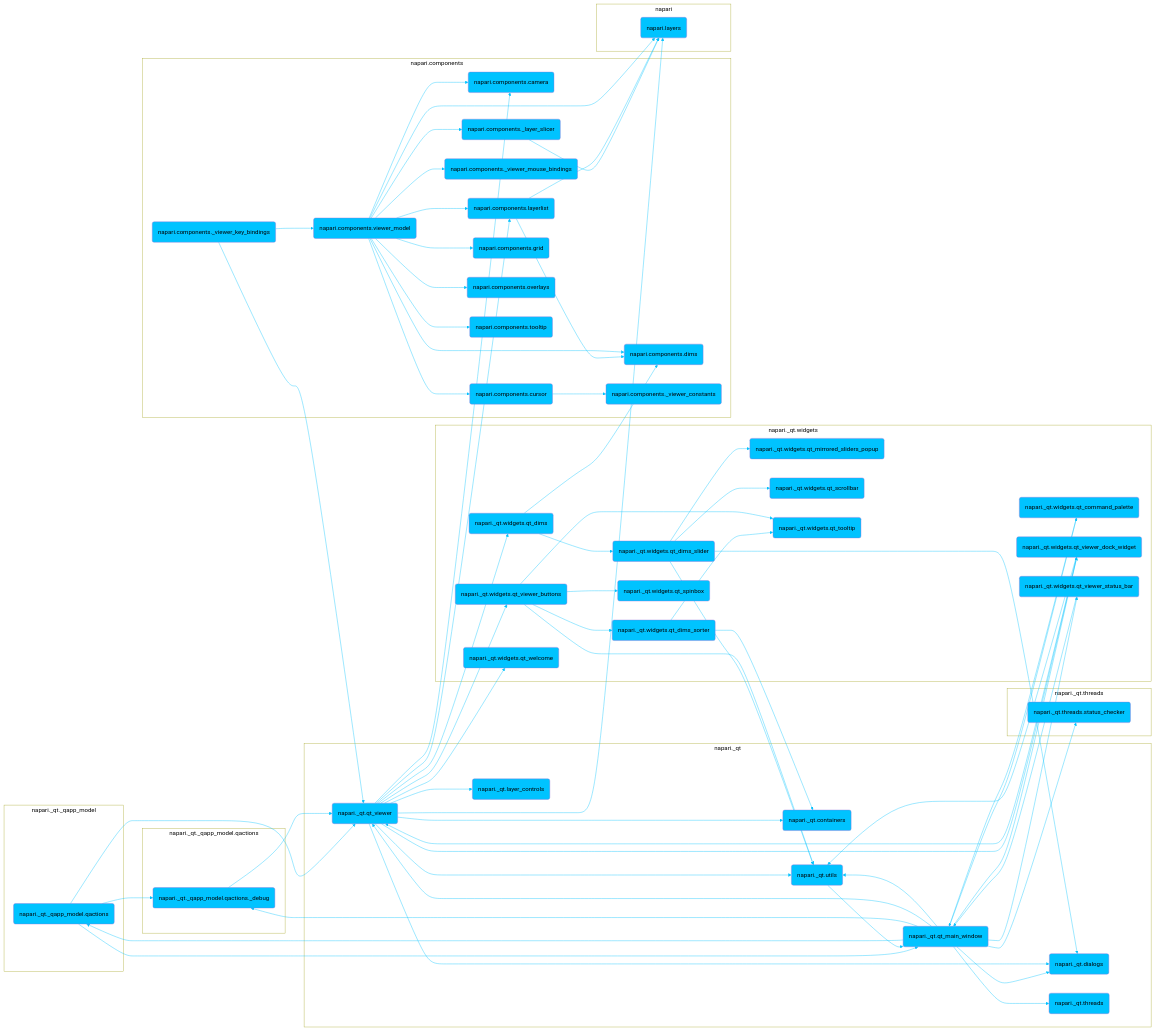
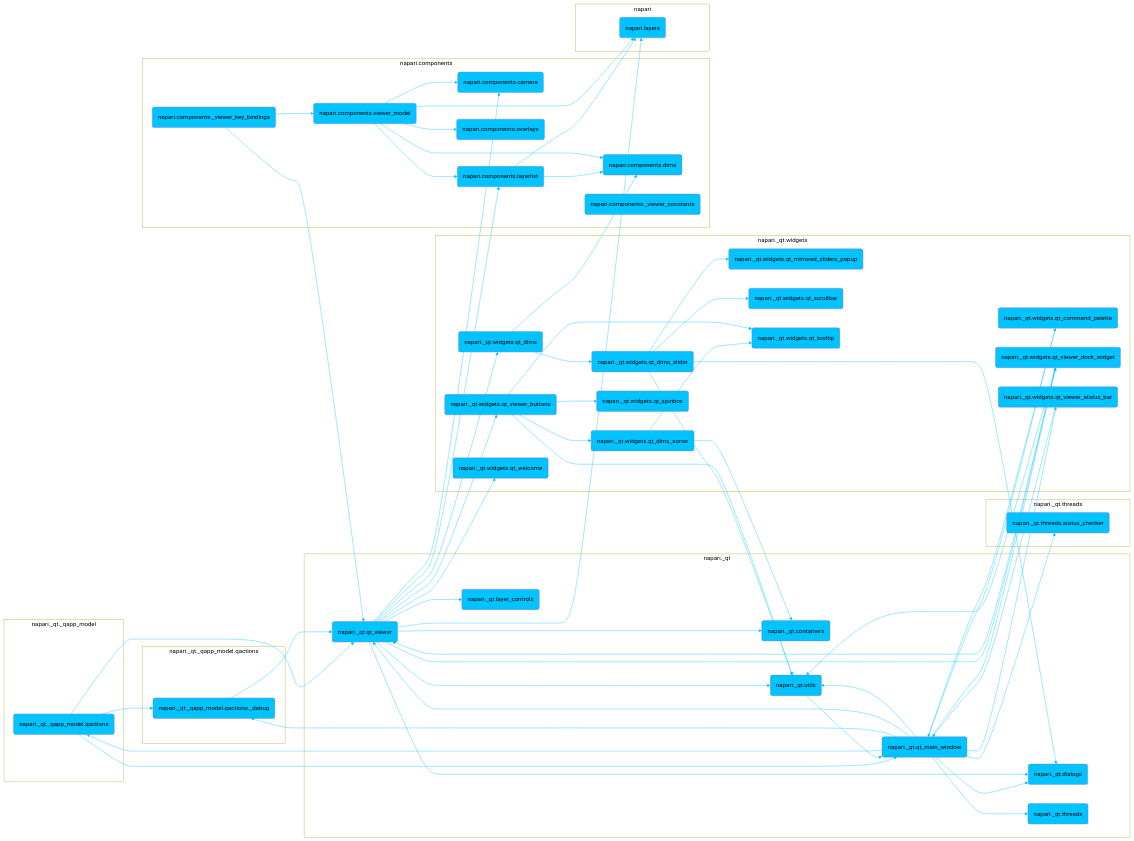
One commit to napari/napari.github.io changed the diagram in dev/_sources/developers/architecture/ui_sections/viewer_ui.md. Above: the diagram before and after it, drawn with Mermaid. The commit also changed other lines of this file and 723 other files, not shown here.

```diff
--- a/dev/_sources/developers/architecture/ui_sections/viewer_ui.md
+++ b/dev/_sources/developers/architecture/ui_sections/viewer_ui.md
@@ -90,44 +90,27 @@
 	click napari._qt.widgets.qt_viewer_status_bar "https://github.com/napari/napari/tree/main/napari/_qt/widgets/qt_viewer_status_bar.py" _blank
 	napari._qt.widgets.qt_welcome(napari._qt.widgets.qt_welcome)
 	click napari._qt.widgets.qt_welcome "https://github.com/napari/napari/tree/main/napari/_qt/widgets/qt_welcome.py" _blank
-	napari.components._layer_slicer(napari.components._layer_slicer)
-	napari.components._layer_slicer --> napari.layers
-	click napari.components._layer_slicer "https://github.com/napari/napari/tree/main/napari/components/_layer_slicer.py" _blank
 	napari.components._viewer_constants(napari.components._viewer_constants)
 	click napari.components._viewer_constants "https://github.com/napari/napari/tree/main/napari/components/_viewer_constants.py" _blank
 	napari.components._viewer_key_bindings(napari.components._viewer_key_bindings)
 	napari.components._viewer_key_bindings --> napari._qt.qt_viewer
 	napari.components._viewer_key_bindings --> napari.components.viewer_model
 	click napari.components._viewer_key_bindings "https://github.com/napari/napari/tree/main/napari/components/_viewer_key_bindings.py" _blank
-	napari.components._viewer_mouse_bindings(napari.components._viewer_mouse_bindings)
-	click napari.components._viewer_mouse_bindings "https://github.com/napari/napari/tree/main/napari/components/_viewer_mouse_bindings.py" _blank
 	napari.components.camera(napari.components.camera)
 	click napari.components.camera "https://github.com/napari/napari/tree/main/napari/components/camera.py" _blank
-	napari.components.cursor(napari.components.cursor)
-	napari.components.cursor --> napari.components._viewer_constants
-	click napari.components.cursor "https://github.com/napari/napari/tree/main/napari/components/cursor.py" _blank
 	napari.components.dims(napari.components.dims)
 	click napari.components.dims "https://github.com/napari/napari/tree/main/napari/components/dims.py" _blank
-	napari.components.grid(napari.components.grid)
-	click napari.components.grid "https://github.com/napari/napari/tree/main/napari/components/grid.py" _blank
 	napari.components.layerlist(napari.components.layerlist)
 	napari.components.layerlist --> napari.components.dims
 	napari.components.layerlist --> napari.layers
 	click napari.components.layerlist "https://github.com/napari/napari/tree/main/napari/components/layerlist.py" _blank
 	napari.components.overlays(napari.components.overlays)
 	click napari.components.overlays "https://github.com/napari/napari/tree/main/napari/components/overlays/__init__.py" _blank
-	napari.components.tooltip(napari.components.tooltip)
-	click napari.components.tooltip "https://github.com/napari/napari/tree/main/napari/components/tooltip.py" _blank
 	napari.components.viewer_model(napari.components.viewer_model)
-	napari.components.viewer_model --> napari.components._layer_slicer
-	napari.components.viewer_model --> napari.components._viewer_mouse_bindings
 	napari.components.viewer_model --> napari.components.camera
-	napari.components.viewer_model --> napari.components.cursor
 	napari.components.viewer_model --> napari.components.dims
-	napari.components.viewer_model --> napari.components.grid
 	napari.components.viewer_model --> napari.components.layerlist
 	napari.components.viewer_model --> napari.components.overlays
-	napari.components.viewer_model --> napari.components.tooltip
 	napari.components.viewer_model --> napari.layers
 	click napari.components.viewer_model "https://github.com/napari/napari/tree/main/napari/components/viewer_model.py" _blank
 	napari.layers(napari.layers)
@@ -170,17 +153,12 @@
 	end
 	class module.napari._qt.widgets subgraphs
 	subgraph module.napari.components[napari.components]
-		 napari.components._layer_slicer
 		 napari.components._viewer_constants
 		 napari.components._viewer_key_bindings
-		 napari.components._viewer_mouse_bindings
 		 napari.components.camera
-		 napari.components.cursor
 		 napari.components.dims
-		 napari.components.grid
 		 napari.components.layerlist
 		 napari.components.overlays
-		 napari.components.tooltip
 		 napari.components.viewer_model
 	end
 	class module.napari.components subgraphs
```
